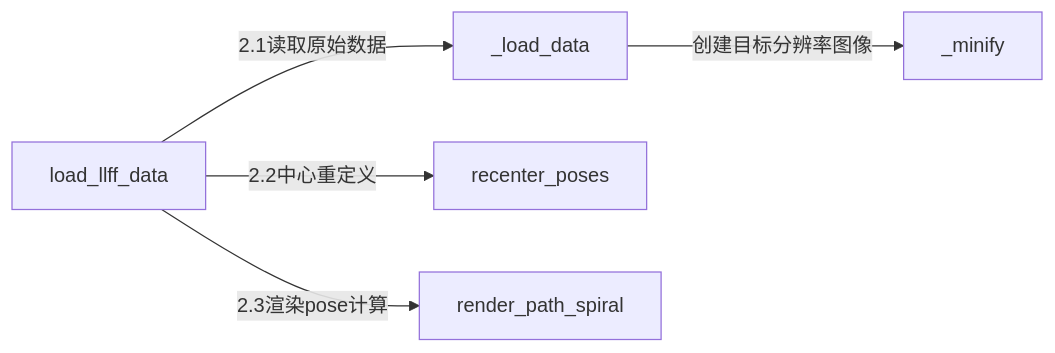
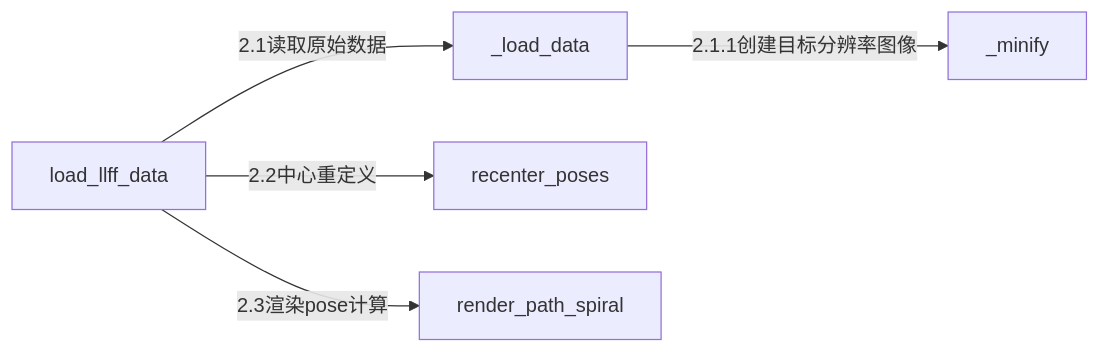
One commit to KuanqiCai/Reading-Notes changed the second of 5 diagrams in SLAM_ROS_SFM/NeRF.md. Above: the diagram before and after it, drawn with Mermaid. The commit also changed other lines of this file, not shown here.

Commit message:
nerf神经网络模型图解

````diff
--- a/SLAM_ROS_SFM/NeRF.md
+++ b/SLAM_ROS_SFM/NeRF.md
@@ -296,6 +299,6 @@
 ```mermaid
 flowchart LR
-	load_llff_data-->|2.1读取原始数据|_load_data-->|创建目标分辨率图像|_minify
+	load_llff_data-->|2.1读取原始数据|_load_data-->|2.1.1创建目标分辨率图像|_minify
 	load_llff_data-->|2.2中心重定义|recenter_poses
 	load_llff_data-->|2.3渲染pose计算|render_path_spiral
 ```
````
